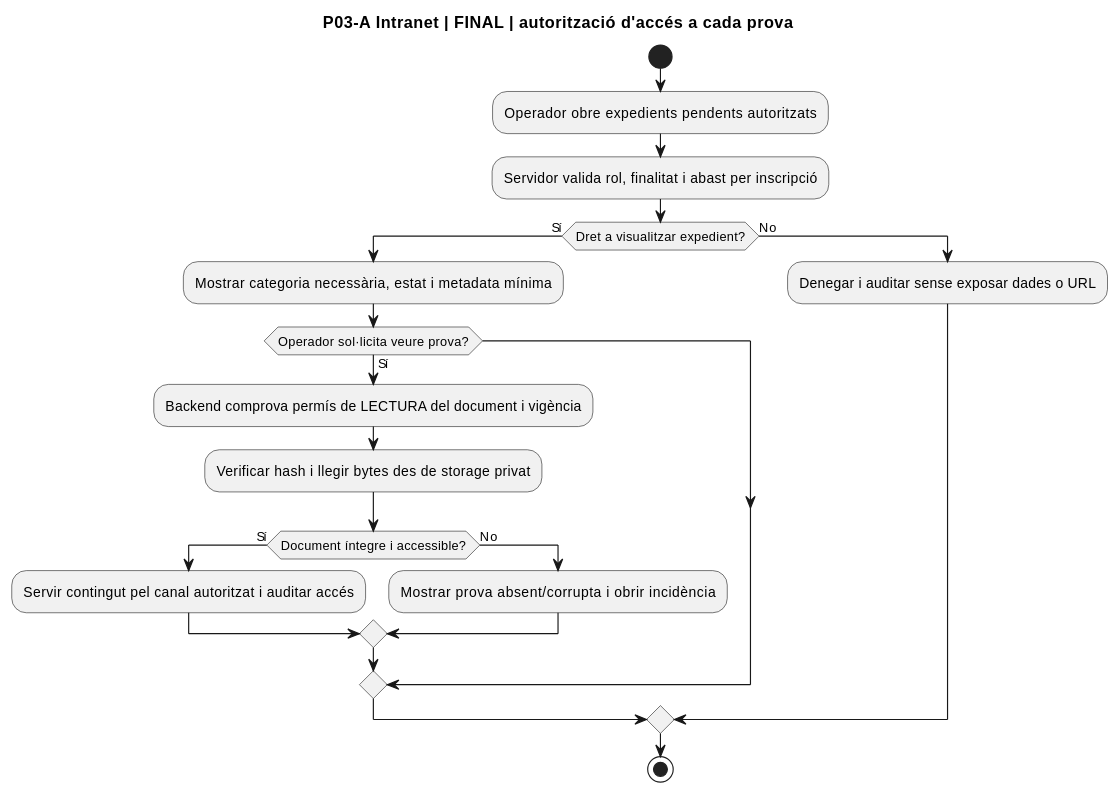
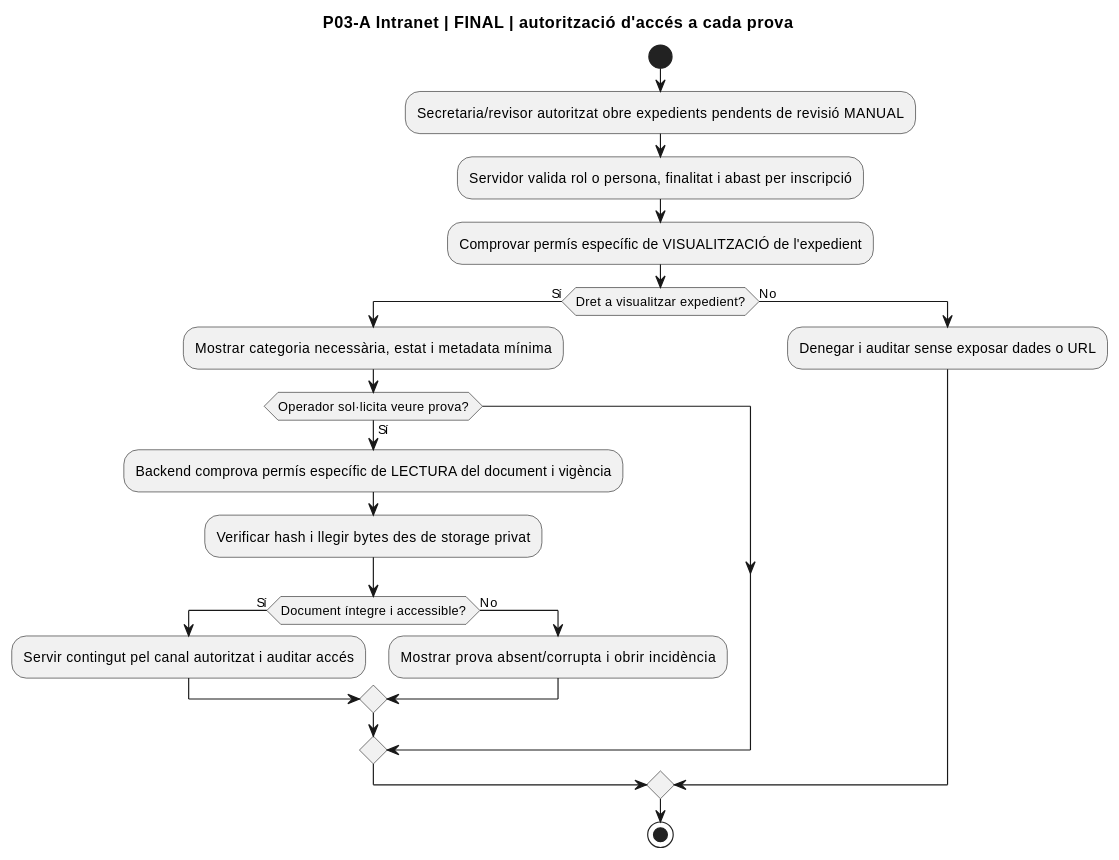
Before and after one commit to orgmeriemprismacat-del/verifactu: the eighth of 10 diagrams in documentacio/07-uml-integrat/uc-116-activitats-pagines-justificants-actual-final.md, drawn with PlantUML. The commit also changed other lines of this file, not shown here.

Commit message:
docs: apply agreed UC116 manual review, payment gate, denial, retention and roles to final activity UML

````diff
--- a/documentacio/07-uml-integrat/uc-116-activitats-pagines-justificants-actual-final.md
+++ b/documentacio/07-uml-integrat/uc-116-activitats-pagines-justificants-actual-final.md
@@ -222,23 +225,24 @@
 ```plantuml
 @startuml
 title P03-A Intranet | FINAL | autorització d'accés a cada prova
 start
-:Operador obre expedients pendents autoritzats;
-:Servidor valida rol, finalitat i abast per inscripció;
+:Secretaria/revisor autoritzat obre expedients pendents de revisió MANUAL;
+:Servidor valida rol o persona, finalitat i abast per inscripció;
+:Comprovar permís específic de VISUALITZACIÓ de l'expedient;
 if (Dret a visualitzar expedient?) then (Sí)
  :Mostrar categoria necessària, estat i metadata mínima;
  if (Operador sol·licita veure prova?) then (Sí)
-  :Backend comprova permís de LECTURA del document i vigència;
+  :Backend comprova permís específic de LECTURA del document i vigència;
   :Verificar hash i llegir bytes des de storage privat;
   if (Document íntegre i accessible?) then (Sí)
    :Servir contingut pel canal autoritzat i auditar accés;
   else (No)
    :Mostrar prova absent/corrupta i obrir incidència;
   endif
  endif
 else (No)
  :Denegar i auditar sense exposar dades o URL;
 endif
 stop
 @enduml
 ```
````
